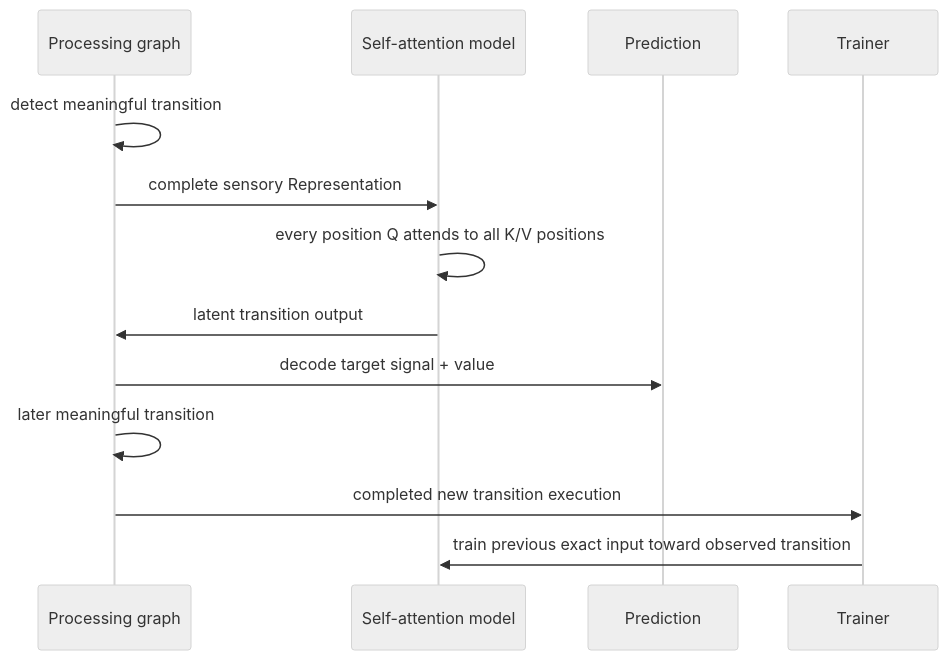
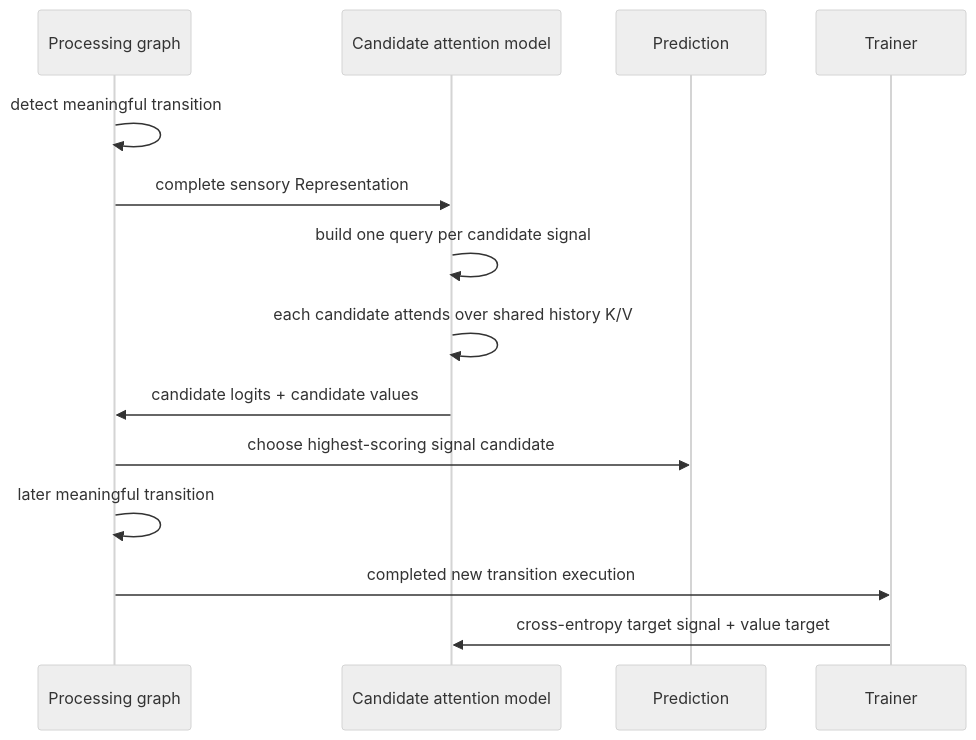
One commit to skasti/skyn-vaettr changed the third of 6 diagrams in docs/expectations.md. Above: the diagram before and after it, drawn with Mermaid (neutral theme). The commit also changed other lines of this file, not shown here.

Commit message:
Document candidate-ranked attention baseline

````diff
--- a/docs/expectations.md
+++ b/docs/expectations.md
@@ -62,16 +69,17 @@
 ```mermaid
 sequenceDiagram
     participant G as Processing graph
-    participant M as Self-attention model
+    participant M as Candidate attention model
     participant P as Prediction
     participant T as Trainer
 
     G->>G: detect meaningful transition
     G->>M: complete sensory Representation
-    M->>M: every position Q attends to all K/V positions
-    M->>G: latent transition output
-    G->>P: decode target signal + value
+    M->>M: build one query per candidate signal
+    M->>M: each candidate attends over shared history K/V
+    M->>G: candidate logits + candidate values
+    G->>P: choose highest-scoring signal candidate
     G->>G: later meaningful transition
     G->>T: completed new transition execution
-    T->>M: train previous exact input toward observed transition
+    T->>M: cross-entropy target signal + value target
 ```
````
